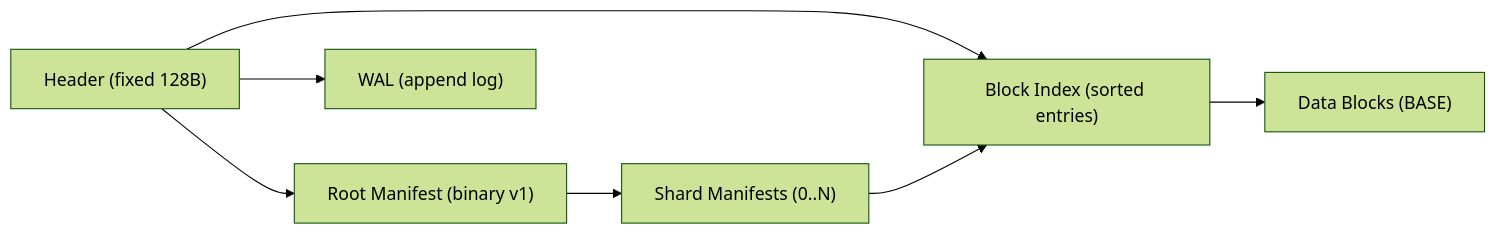
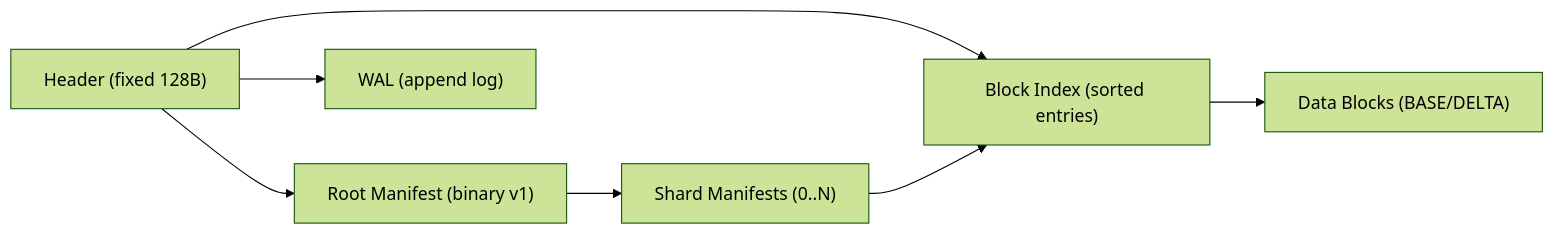
One commit to kashyaparjun/AXON changed the first of 5 diagrams in WHITEPAPER.md. Above: the diagram before and after it, drawn with Mermaid (forest theme). The commit also changed other lines of this file and 7 other files, not shown here.

````diff
--- a/WHITEPAPER.md
+++ b/WHITEPAPER.md
@@ -49,9 +51,9 @@
 ```mermaid
 flowchart LR
   H["Header (fixed 128B)"] --> RM["Root Manifest (binary v1)"]
   H --> WAL["WAL (append log)"]
   H --> IDX["Block Index (sorted entries)"]
   RM --> SH["Shard Manifests (0..N)"]
-  IDX --> BLK["Data Blocks (BASE)"]
+  IDX --> BLK["Data Blocks (BASE/DELTA)"]
   SH --> IDX
 ```
````
